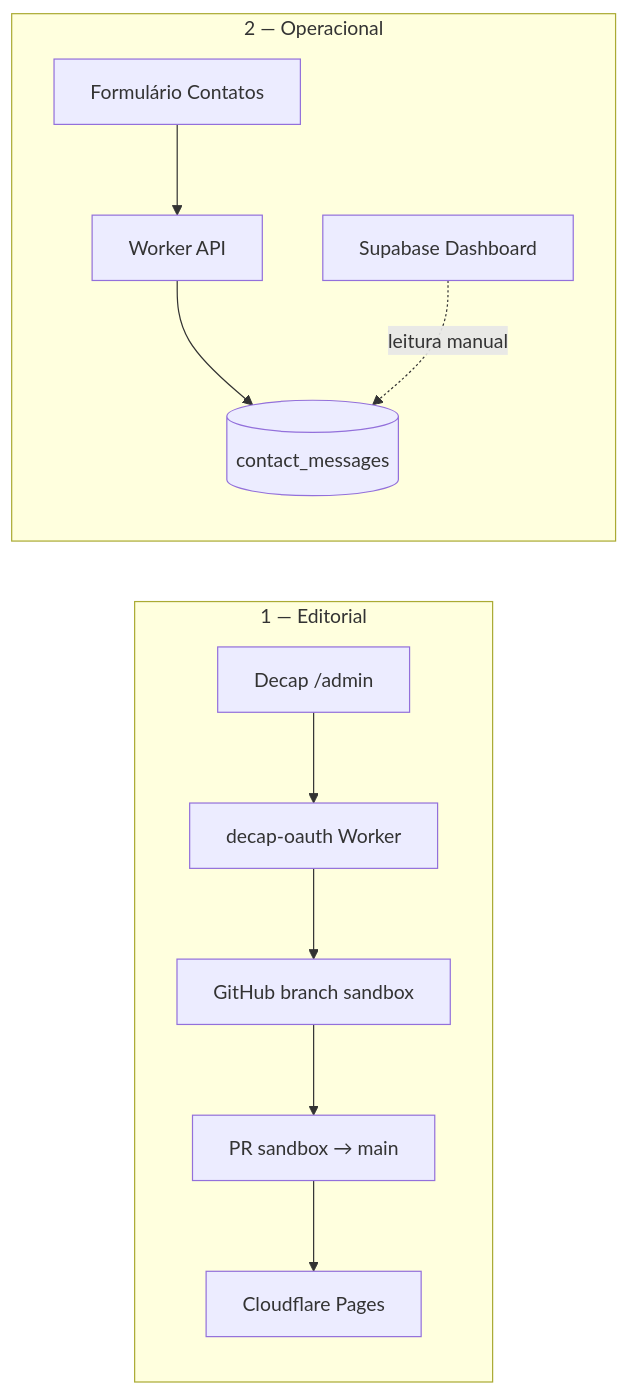
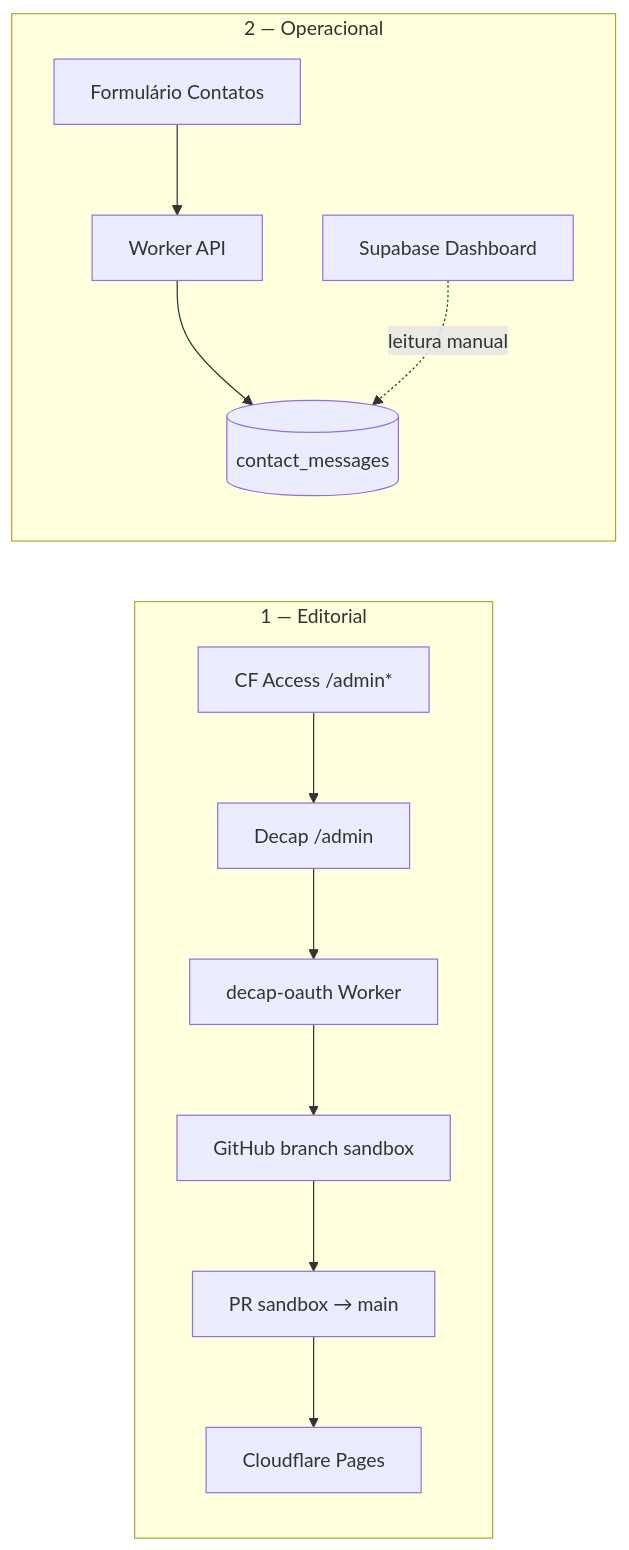
The diagram in docs/guides/admin-operations.md (KleilsonSantos/kleilson-portfolio), drawn with Mermaid before and after one commit. The commit also changed other lines of this file and 3 other files, not shown here.

Commit message:
docs: 🔒 runbook Cloudflare Access para /admin (#121)

````diff
--- a/docs/guides/admin-operations.md
+++ b/docs/guides/admin-operations.md
@@ -12,20 +12,21 @@
 ```mermaid
 flowchart LR
   subgraph Editorial["1 — Editorial"]
+    A["CF Access /admin*"]
     D["Decap /admin"]
     O["decap-oauth Worker"]
     G["GitHub branch sandbox"]
     PR["PR sandbox → main"]
     P["Cloudflare Pages"]
-    D --> O --> G --> PR --> P
+    A --> D --> O --> G --> PR --> P
   end
 
   subgraph Operacional["2 — Operacional"]
     F["Formulário Contatos"]
     W["Worker API"]
     DB[("contact_messages")]
     SB["Supabase Dashboard"]
     F --> W --> DB
     SB -.->|leitura manual| DB
   end
 ```
````
